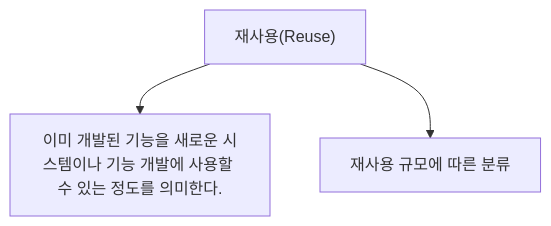
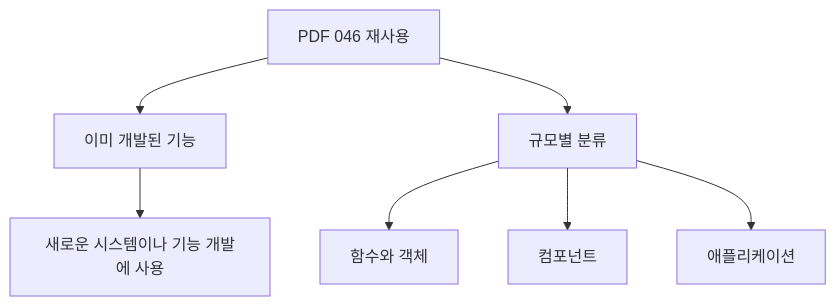
One commit to nes0903/study changed the third of 9 diagrams in 정보처리기사/1과목 소프트웨어 설계/046 재사용(Reuse)/046 재사용(Reuse).md. Above: the diagram before and after it, drawn with Mermaid. The commit also changed other lines of this file and 318 other files, not shown here.

````diff
--- a/정보처리기사/1과목 소프트웨어 설계/046 재사용(Reuse)/046 재사용(Reuse).md
+++ b/정보처리기사/1과목 소프트웨어 설계/046 재사용(Reuse)/046 재사용(Reuse).md
@@ -13,6 +59,10 @@
 ```mermaid
 flowchart TD
-    A["재사용(Reuse)"]
-    A --> N1["이미 개발된 기능을 새로운 시스템이나 기능 개발에 사용할 수 있는 정도를 의미한다."]
-    A --> N2["재사용 규모에 따른 분류"]
+    A["PDF 046 재사용"]
+    A --> B["이미 개발된 기능"]
+    B --> C["새로운 시스템이나 기능 개발에 사용"]
+    A --> D["규모별 분류"]
+    D --> D1["함수와 객체"]
+    D --> D2["컴포넌트"]
+    D --> D3["애플리케이션"]
 ```
````
